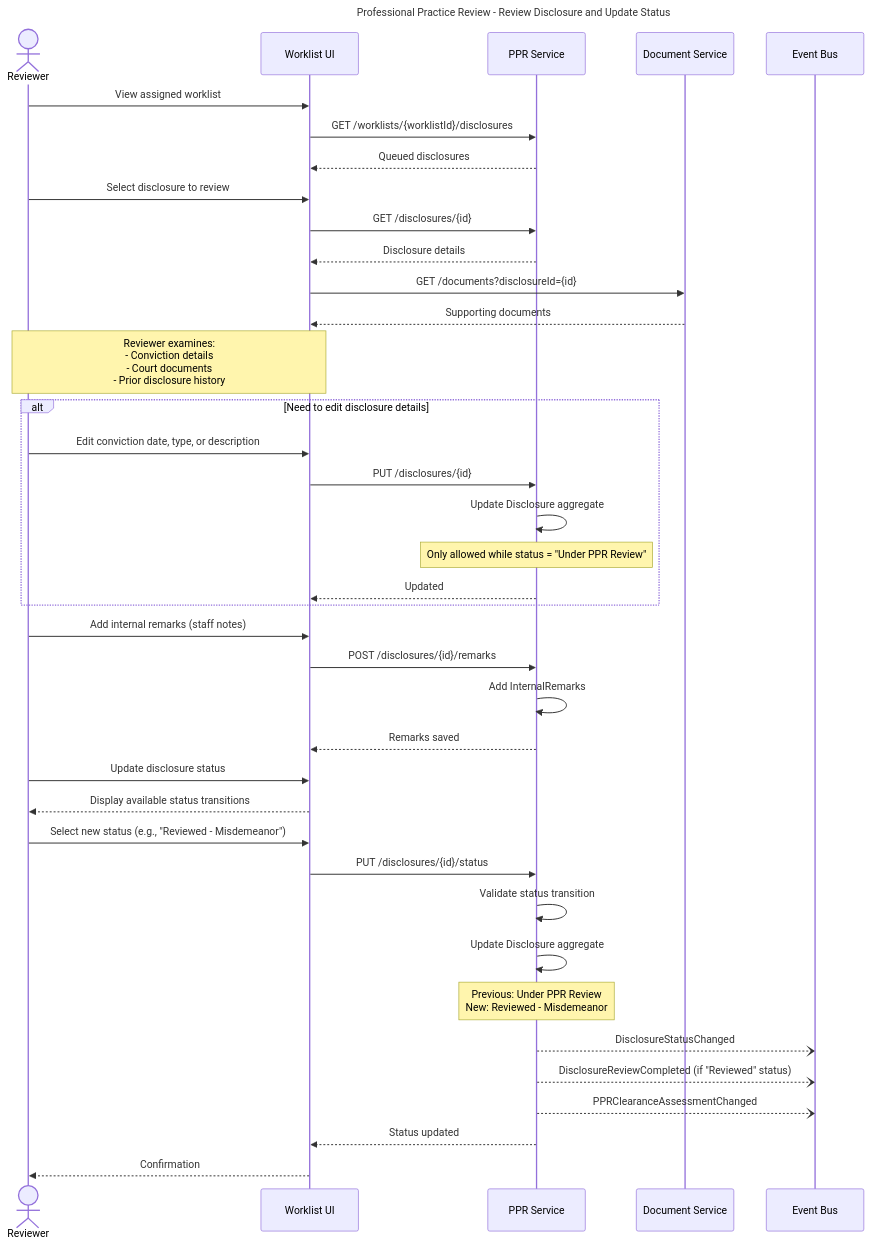
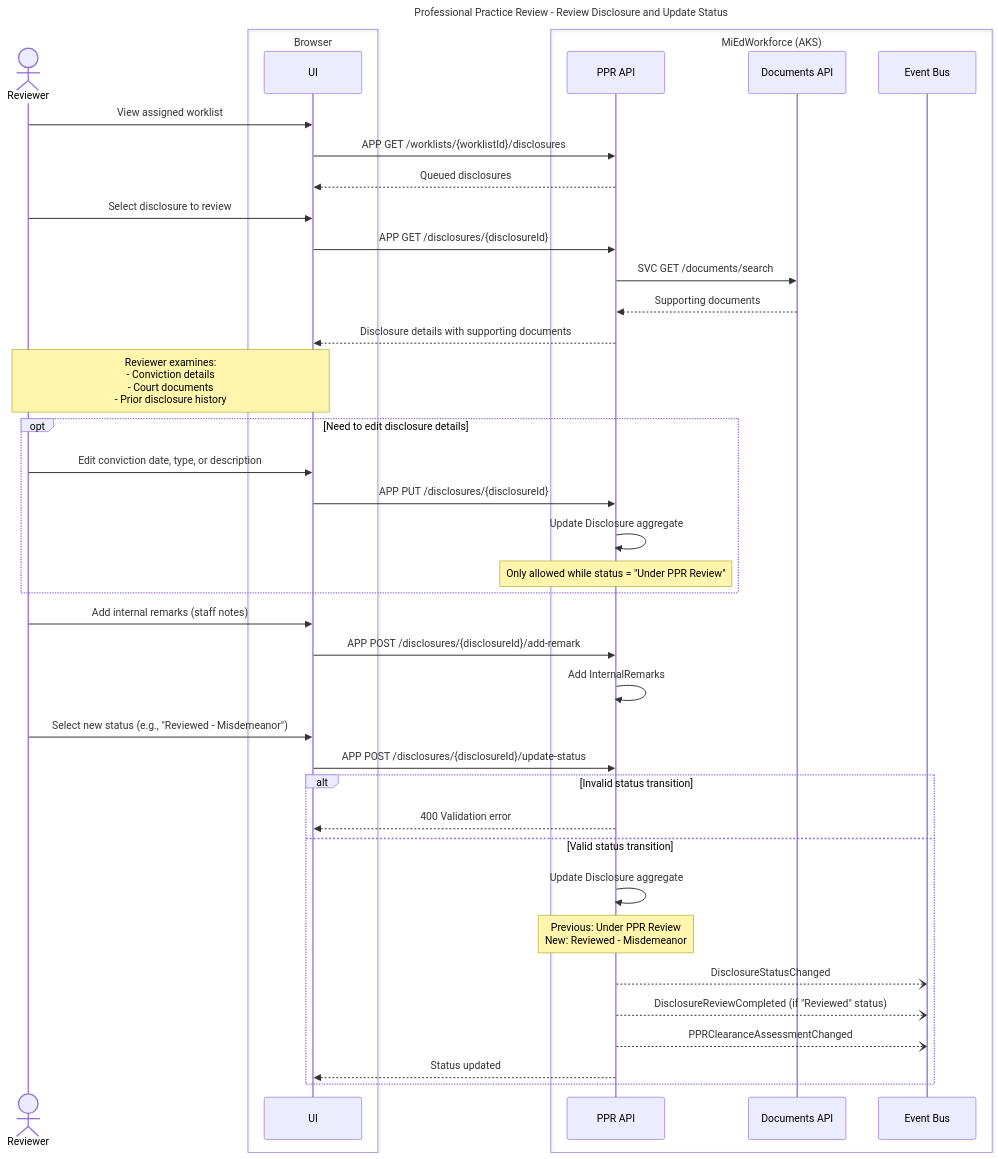
The third of 15 diagrams in working-docs/solution-areas/profpractice/profpractice-sequences.md (mnichols-dl/mied-design), drawn with Mermaid before and after one commit. The commit also changed other lines of this file and 34 other files, not shown here.

Commit message:
Update sequences and perform RTM assessment

````diff
--- a/working-docs/solution-areas/profpractice/profpractice-sequences.md
+++ b/working-docs/solution-areas/profpractice/profpractice-sequences.md
@@ -171,54 +181,54 @@
 ```mermaid
 ---
 title: Professional Practice Review - Review Disclosure and Update Status
 ---
 sequenceDiagram
     actor Reviewer
-    participant WorklistUI as Worklist UI
-    participant PPRService as PPR Service
-    participant DocService as Document Service
-    participant EventBus as Event Bus
-    
-    Reviewer->>WorklistUI: View assigned worklist
-    WorklistUI->>PPRService: GET /worklists/{worklistId}/disclosures
-    PPRService-->>WorklistUI: Queued disclosures
-    
-    Reviewer->>WorklistUI: Select disclosure to review
-    WorklistUI->>PPRService: GET /disclosures/{id}
-    PPRService-->>WorklistUI: Disclosure details
-    
-    WorklistUI->>DocService: GET /documents?disclosureId={id}
-    DocService-->>WorklistUI: Supporting documents
-    
-    Note over Reviewer,WorklistUI: Reviewer examines:<br/>- Conviction details<br/>- Court documents<br/>- Prior disclosure history
-    
-    alt Need to edit disclosure details
-        Reviewer->>WorklistUI: Edit conviction date, type, or description
-        WorklistUI->>PPRService: PUT /disclosures/{id}
-        PPRService->>PPRService: Update Disclosure aggregate
-        Note over PPRService: Only allowed while status = "Under PPR Review"
-        PPRService-->>WorklistUI: Updated
+    box Browser
+        participant UI as UI
+    end
+    box MiEdWorkforce (AKS)
+        participant PprApi as PPR API
+        participant DocsApi as Documents API
+        participant EventBus as Event Bus
     end
     
-    Reviewer->>WorklistUI: Add internal remarks (staff notes)
-    WorklistUI->>PPRService: POST /disclosures/{id}/remarks
-    PPRService->>PPRService: Add InternalRemarks
-    PPRService-->>WorklistUI: Remarks saved
+    Reviewer->>UI: View assigned worklist
+    UI->>PprApi: APP GET /worklists/{worklistId}/disclosures
+    PprApi-->>UI: Queued disclosures
     
-    Reviewer->>WorklistUI: Update disclosure status
-    WorklistUI-->>Reviewer: Display available status transitions
+    Reviewer->>UI: Select disclosure to review
+    UI->>PprApi: APP GET /disclosures/{disclosureId}
+    PprApi->>DocsApi: SVC GET /documents/search
+    DocsApi-->>PprApi: Supporting documents
+    PprApi-->>UI: Disclosure details with supporting documents
     
-    Reviewer->>WorklistUI: Select new status (e.g., "Reviewed - Misdemeanor")
-    WorklistUI->>PPRService: PUT /disclosures/{id}/status
+    Note over Reviewer,UI: Reviewer examines:<br/>- Conviction details<br/>- Court documents<br/>- Prior disclosure history
     
-    PPRService->>PPRService: Validate status transition
-    PPRService->>PPRService: Update Disclosure aggregate
-    Note over PPRService: Previous: Under PPR Review<br/>New: Reviewed - Misdemeanor
+    opt Need to edit disclosure details
+        Reviewer->>UI: Edit conviction date, type, or description
+        UI->>PprApi: APP PUT /disclosures/{disclosureId}
+        PprApi->>PprApi: Update Disclosure aggregate
+        Note over PprApi: Only allowed while status = "Under PPR Review"
+    end
     
-    PPRService--)EventBus: DisclosureStatusChanged
-    PPRService--)EventBus: DisclosureReviewCompleted (if "Reviewed" status)
-    PPRService--)EventBus: PPRClearanceAssessmentChanged
+    Reviewer->>UI: Add internal remarks (staff notes)
+    UI->>PprApi: APP POST /disclosures/{disclosureId}/add-remark
+    PprApi->>PprApi: Add InternalRemarks
     
-    PPRService-->>WorklistUI: Status updated
-    WorklistUI-->>Reviewer: Confirmation
+    Reviewer->>UI: Select new status (e.g., "Reviewed - Misdemeanor")
+    UI->>PprApi: APP POST /disclosures/{disclosureId}/update-status
+    
+    alt Invalid status transition
+        PprApi-->>UI: 400 Validation error
+    else Valid status transition
+        PprApi->>PprApi: Update Disclosure aggregate
+        Note over PprApi: Previous: Under PPR Review<br/>New: Reviewed - Misdemeanor
+        
+        PprApi--)EventBus: DisclosureStatusChanged
+        PprApi--)EventBus: DisclosureReviewCompleted (if "Reviewed" status)
+        PprApi--)EventBus: PPRClearanceAssessmentChanged
+        
+        PprApi-->>UI: Status updated
+    end
 ```
````
